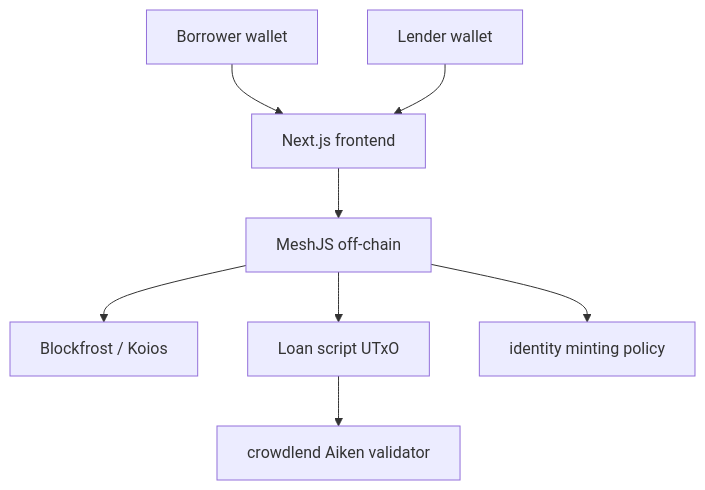
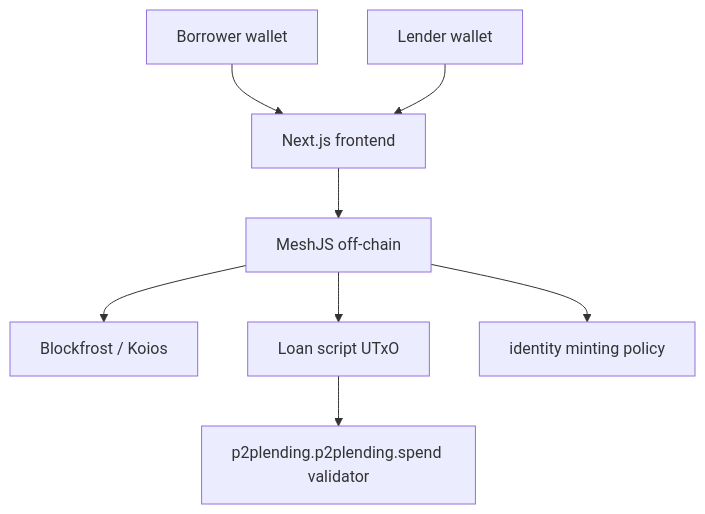
Before and after one commit to cardano2vn/Aiken-Course-2026: the diagram in 8.p2p-lending/docs/architecture.md, drawn with Mermaid. The commit also changed other lines of this file and 16 other files, not shown here.

````diff
--- a/8.p2p-lending/docs/architecture.md
+++ b/8.p2p-lending/docs/architecture.md
@@ -7,10 +7,10 @@
 ```mermaid
 graph TD
   Borrower["Borrower wallet"] --> FE["Next.js frontend"]
   Lender["Lender wallet"] --> FE
   FE --> OC["MeshJS off-chain"]
   OC --> Provider["Blockfrost / Koios"]
   OC --> Loan["Loan script UTxO"]
-  Loan --> Validator["crowdlend Aiken validator"]
+  Loan --> Validator["p2plending.p2plending.spend validator"]
   OC --> Policy["identity minting policy"]
 ```
````
